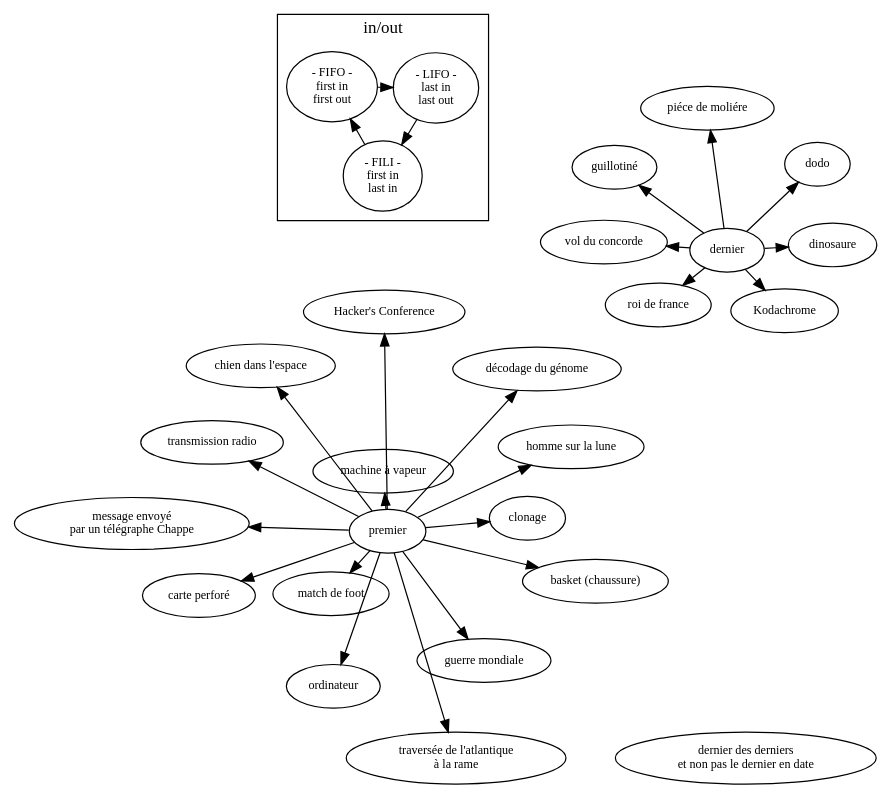
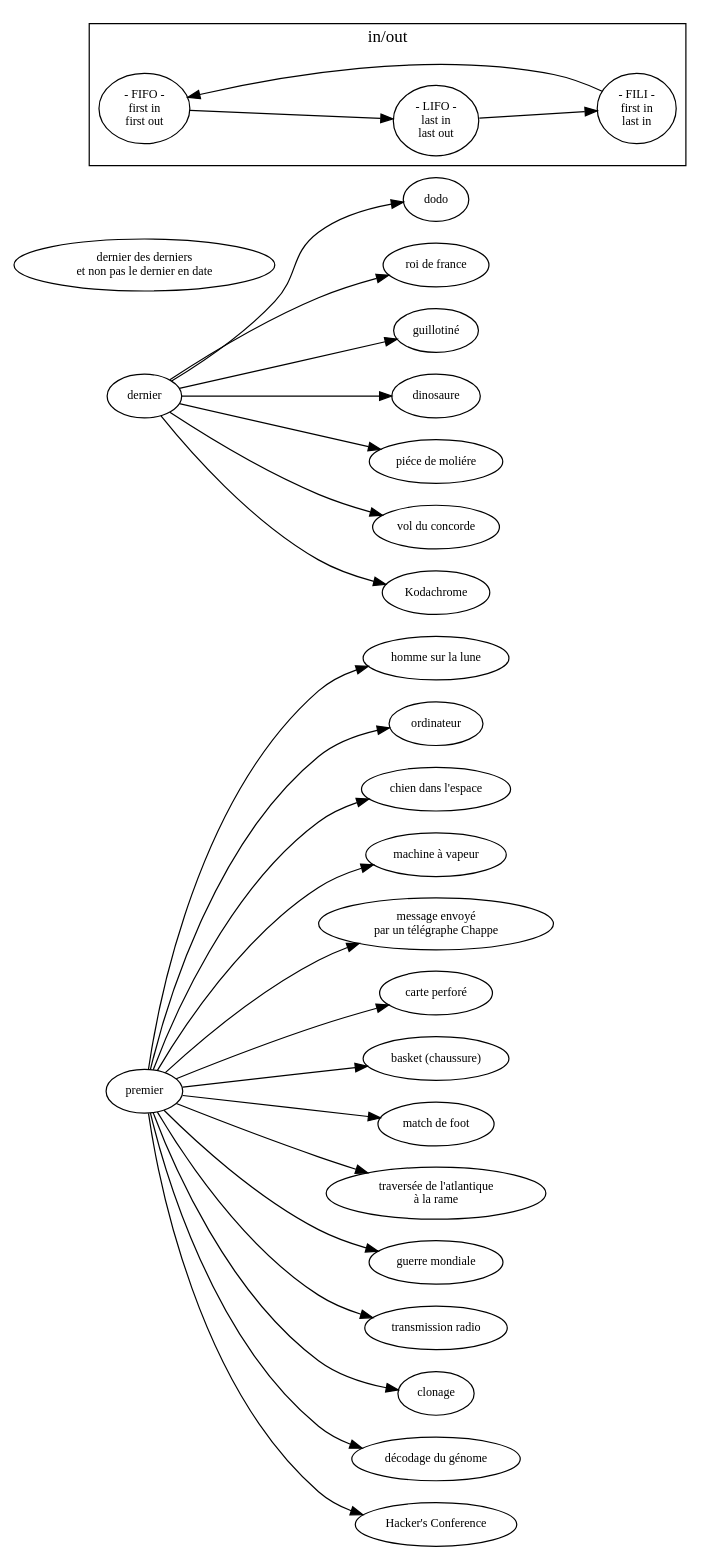
The diagram in sujet.dot (ensad-nancy/first-last), drawn with Graphviz before and after one commit.

Commit message:
+	layout= "dot"

```diff
--- a/sujet.dot
+++ b/sujet.dot
@@ -1,53 +1,53 @@
 digraph {
 
-	layout= "fdp"
+	layout= "dot"
 	
 
 	fontname="myriadpro"
 	fontsize = 14
 	rankdir="LR"
 	
 	
 	node [fontname="myriadpro", fontsize = 10]
 	edge [fontname="monaco", fontsize = 9]
 	
 	first [label="premier"]
 	last [label="dernier"]
 	
 	"dernier des derniers\n et non pas le dernier en date" 
 
 	first -> "homme sur la lune"
 	first -> "ordinateur"
 	first -> "chien dans l'espace"
 	first -> "machine à vapeur"
 	first -> "message envoyé\npar un télégraphe Chappe"
 	first -> "carte perforé"
 	first -> "basket (chaussure)"
 	first -> "match de foot"
 	first -> "traversée de l'atlantique\nà la rame"
 	first -> "guerre mondiale"
 	first -> "transmission radio"
 	first -> "clonage"
 	first -> "décodage du génome"
 	first -> "Hacker's Conference"
 	
 	last -> dodo
 	last -> "roi de france"
 	last -> "guillotiné"
 	last -> "dinosaure"
 	last -> "piéce de moliére"
 	last -> "vol du concorde"
 	last -> "Kodachrome"
 
 	subgraph cluster_FO{
 	
 		label="in/out"
 		
 		FIFO [label="- FIFO -\nfirst in\nfirst out"]
 		LIFO [label="- LIFO -\nlast in\nlast out"]
 		FILI [label="- FILI -\nfirst in\n last in"]
 
 		FILI -> FIFO -> LIFO -> FILI
 	}
 	
 }
```
